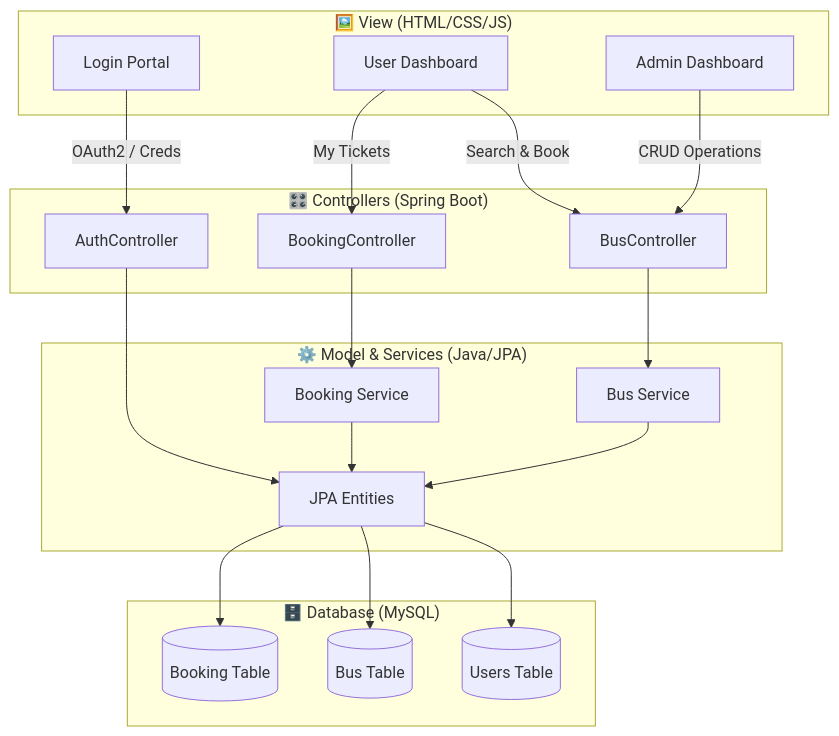
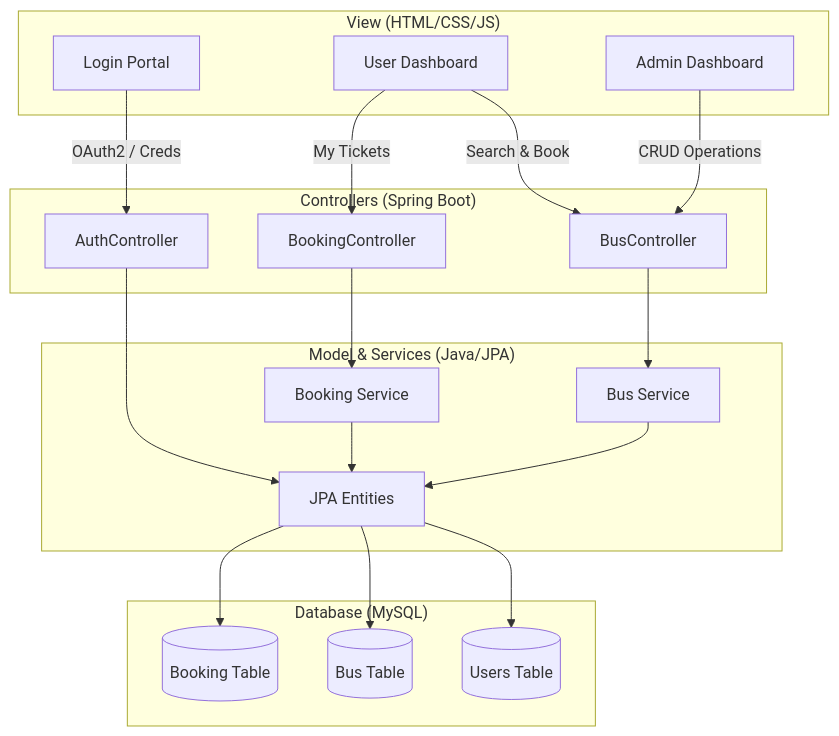
The diagram in README.md (Gokulraj-N80/Bus-Booking-System), drawn with Mermaid before and after one commit. The commit also changed other lines of this file, not shown here.

````diff
--- a/README.md
+++ b/README.md
@@ -43,47 +43,47 @@
 ```mermaid
 graph TD
     %% Frontend / View Layer
-    subgraph View ["🖼️ View (HTML/CSS/JS)"]
+    subgraph View ["View (HTML/CSS/JS)"]
         UI_Home[Login Portal]
         UI_User[User Dashboard]
         UI_Admin[Admin Dashboard]
     end
 
     %% Controller Layer
-    subgraph Controllers ["🎛️ Controllers (Spring Boot)"]
+    subgraph Controllers ["Controllers (Spring Boot)"]
         Ctrl_Auth[AuthController]
         Ctrl_Bus[BusController]
         Ctrl_Booking[BookingController]
     end
 
     %% Model / Service Layer
-    subgraph Model ["⚙️ Model & Services (Java/JPA)"]
+    subgraph Model ["Model & Services (Java/JPA)"]
         Svc_Bus[Bus Service]
         Svc_Book[Booking Service]
         Entity[JPA Entities]
     end
 
     %% Database Layer
-    subgraph Database ["🗄️ Database (MySQL)"]
+    subgraph Database ["Database (MySQL)"]
         DB_Users[(Users Table)]
         DB_Bus[(Bus Table)]
         DB_Booking[(Booking Table)]
     end
 
     %% Connections
     UI_Home -->|OAuth2 / Creds| Ctrl_Auth
     UI_User -->|Search & Book| Ctrl_Bus
     UI_User -->|My Tickets| Ctrl_Booking
     UI_Admin -->|CRUD Operations| Ctrl_Bus
 
     Ctrl_Auth --> Entity
     Ctrl_Bus --> Svc_Bus
     Ctrl_Booking --> Svc_Book
 
     Svc_Bus --> Entity
     Svc_Book --> Entity
 
     Entity --> DB_Users
     Entity --> DB_Bus
     Entity --> DB_Booking
 ```
````
